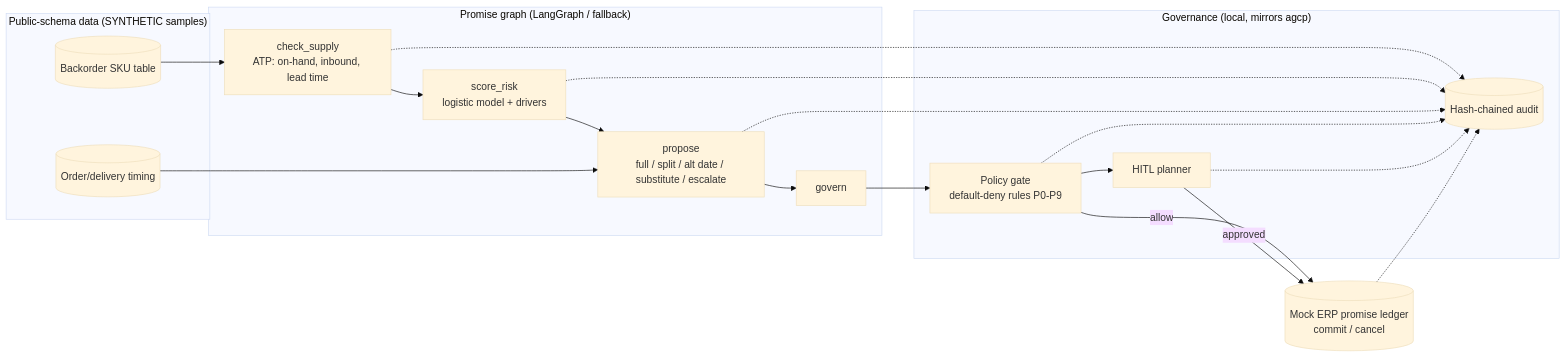
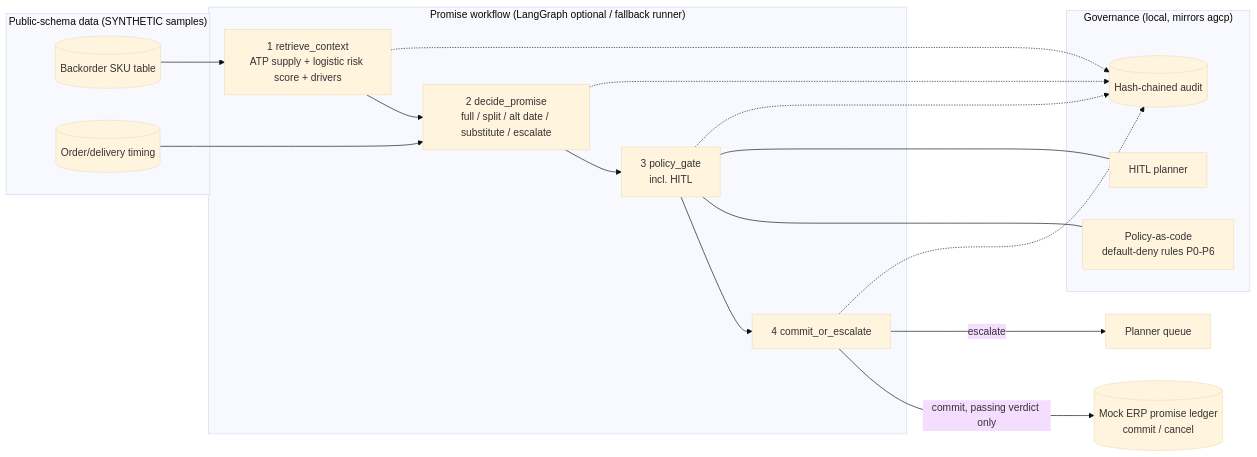
Before and after one commit to padmanpisupati/demand-aware-order-promising: the diagram in docs/diagrams/component.md, drawn with Mermaid (base theme). The commit also changed 12 other files, not shown here.

````diff
--- a/docs/diagrams/component.md
+++ b/docs/diagrams/component.md
@@ -3,25 +3,27 @@
 ```mermaid
 flowchart LR
   subgraph Data["Public-schema data (SYNTHETIC samples)"]
     BO[(Backorder SKU table)]
     OL[(Order/delivery timing)]
   end
-  subgraph Graph["Promise graph (LangGraph / fallback)"]
-    S[check_supply<br/>ATP: on-hand, inbound, lead time]
-    R[score_risk<br/>logistic model + drivers]
-    P[propose<br/>full / split / alt date / substitute / escalate]
-    G[govern]
+  subgraph WF["Promise workflow (LangGraph optional / fallback runner)"]
+    C[1 retrieve_context<br/>ATP supply + logistic risk score + drivers]
+    P[2 decide_promise<br/>full / split / alt date / substitute / escalate]
+    G[3 policy_gate<br/>incl. HITL]
+    W[4 commit_or_escalate]
   end
   subgraph Gov["Governance (local, mirrors agcp)"]
-    PG[Policy gate<br/>default-deny rules P0-P9]
+    PG[Policy-as-code<br/>default-deny rules P0-P6]
     H[HITL planner]
     A[(Hash-chained audit)]
   end
   ERP[(Mock ERP promise ledger<br/>commit / cancel)]
-  BO --> S --> R --> P --> G
+  Q[Planner queue]
+  BO --> C --> P --> G --> W
   OL --> P
-  G --> PG --> H
-  PG -->|allow| ERP
-  H -->|approved| ERP
-  S & R & P & PG & H & ERP -.-> A
+  G --- PG
+  G --- H
+  W -->|commit, passing verdict only| ERP
+  W -->|escalate| Q
+  C & P & G & W -.-> A
 ```
````
